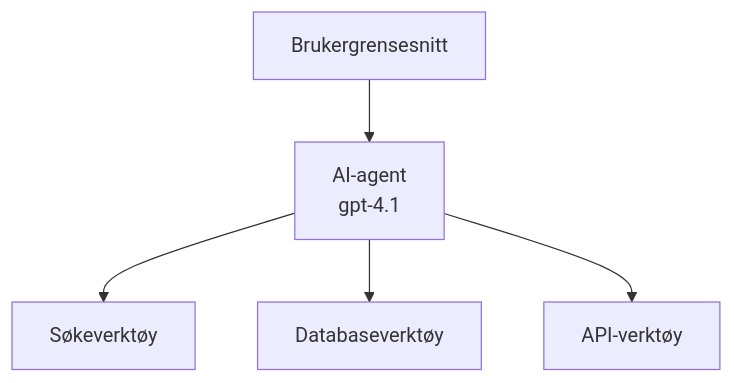
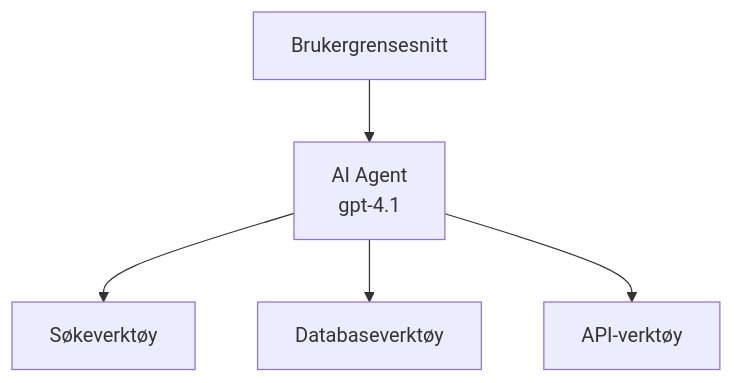
The first of 3 diagrams in translations/no/docs/chapter-02-ai-development/agents.md (microsoft/AZD-for-beginners), drawn with Mermaid before and after one commit. The commit also changed other lines of this file and 101 other files, not shown here.

````diff
--- a/translations/no/docs/chapter-02-ai-development/agents.md
+++ b/translations/no/docs/chapter-02-ai-development/agents.md
@@ -152,7 +157,7 @@
 ```mermaid
 graph TD
-    UI[Brukergrensesnitt] --> Agent[AI-agent<br/>gpt-4.1]
+    UI[Brukergrensesnitt] --> Agent[AI Agent<br/>gpt-4.1]
     Agent --> Search[Søkeverktøy]
     Agent --> Database[Databaseverktøy]
     Agent --> API[API-verktøy]
 ```
````
